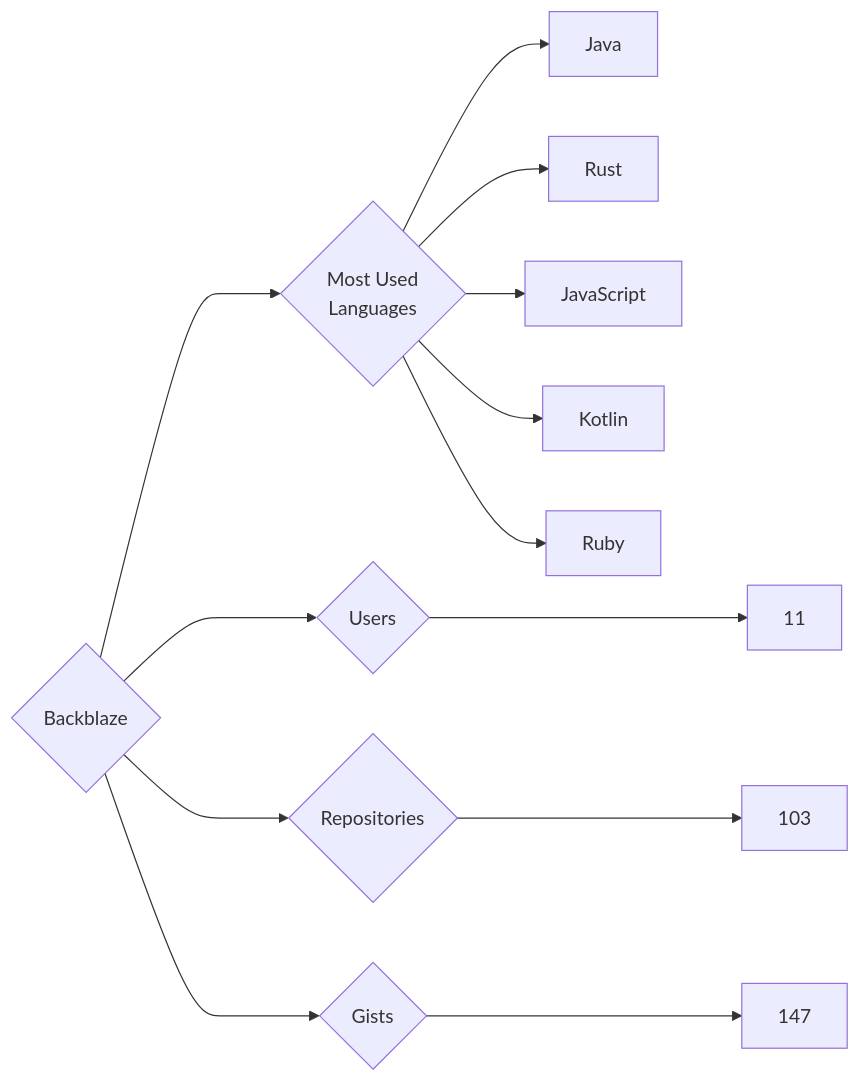
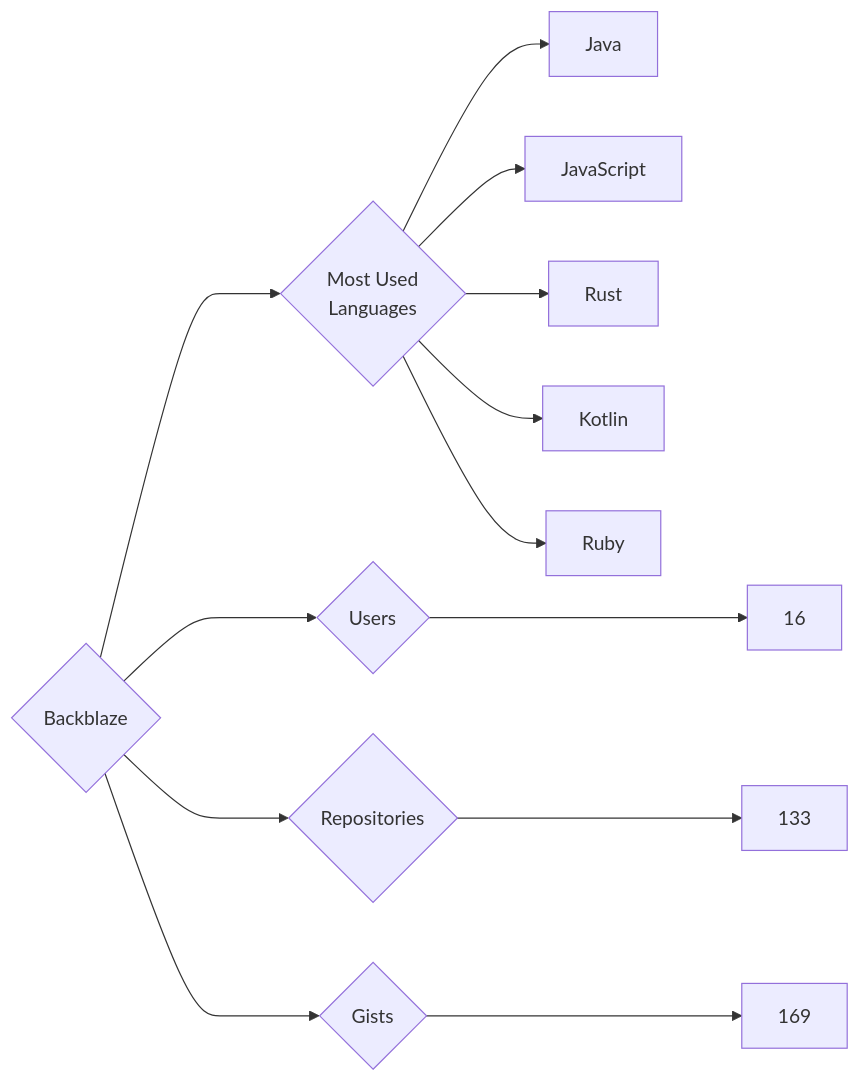
The diagram in targets/Backblaze/README.md (trickest/insiders), drawn with Mermaid before and after one commit. The commit also changed 1195 other files, not shown here.

````diff
--- a/targets/Backblaze/README.md
+++ b/targets/Backblaze/README.md
@@ -3,13 +3,13 @@
 ```mermaid
 graph LR
 COMPANY_NAME{Backblaze}
-COMPANY_NAME ---> U{Users} ---> UN[11]
-COMPANY_NAME ---> R{Repositories} ---> RN[103]
-COMPANY_NAME ---> G{Gists} ---> GN[147]
+COMPANY_NAME ---> U{Users} ---> UN[16]
+COMPANY_NAME ---> R{Repositories} ---> RN[133]
+COMPANY_NAME ---> G{Gists} ---> GN[169]
 COMPANY_NAME ---> ML{Most Used<br>Languages}
 ML --> Java[Java]
+ML --> JavaScript[JavaScript]
 ML --> Rust[Rust]
-ML --> JavaScript[JavaScript]
 ML --> Kotlin[Kotlin]
 ML --> Ruby[Ruby]
 ```
````
